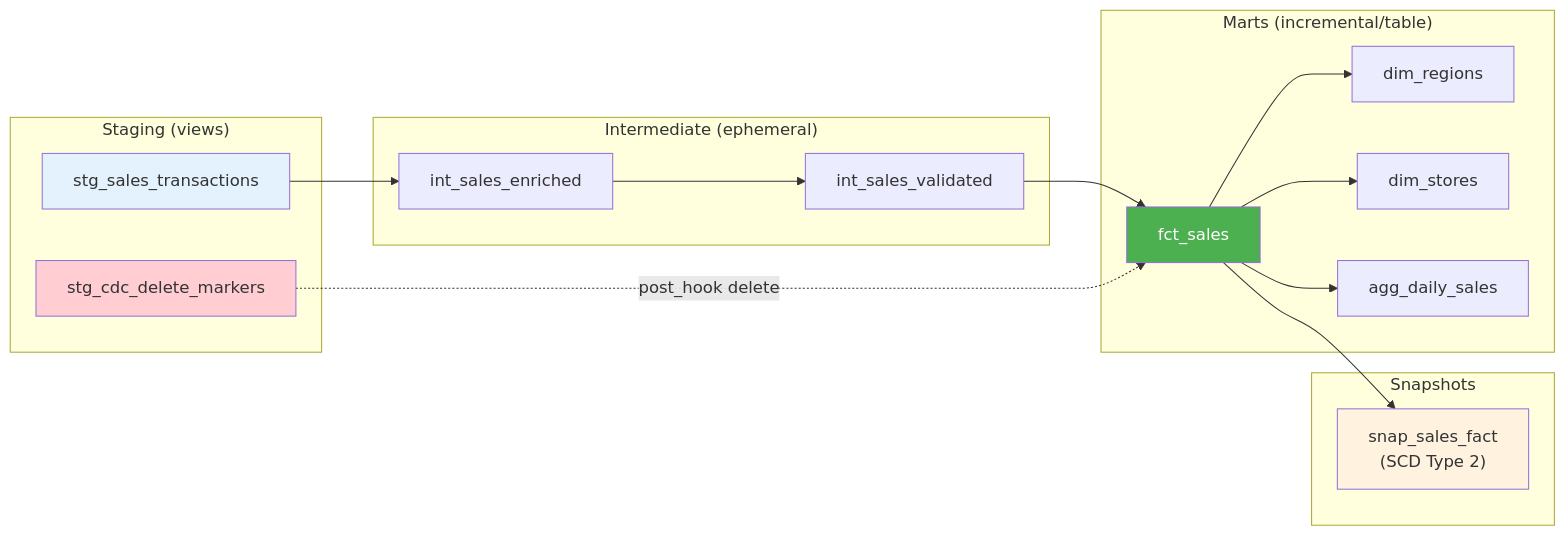
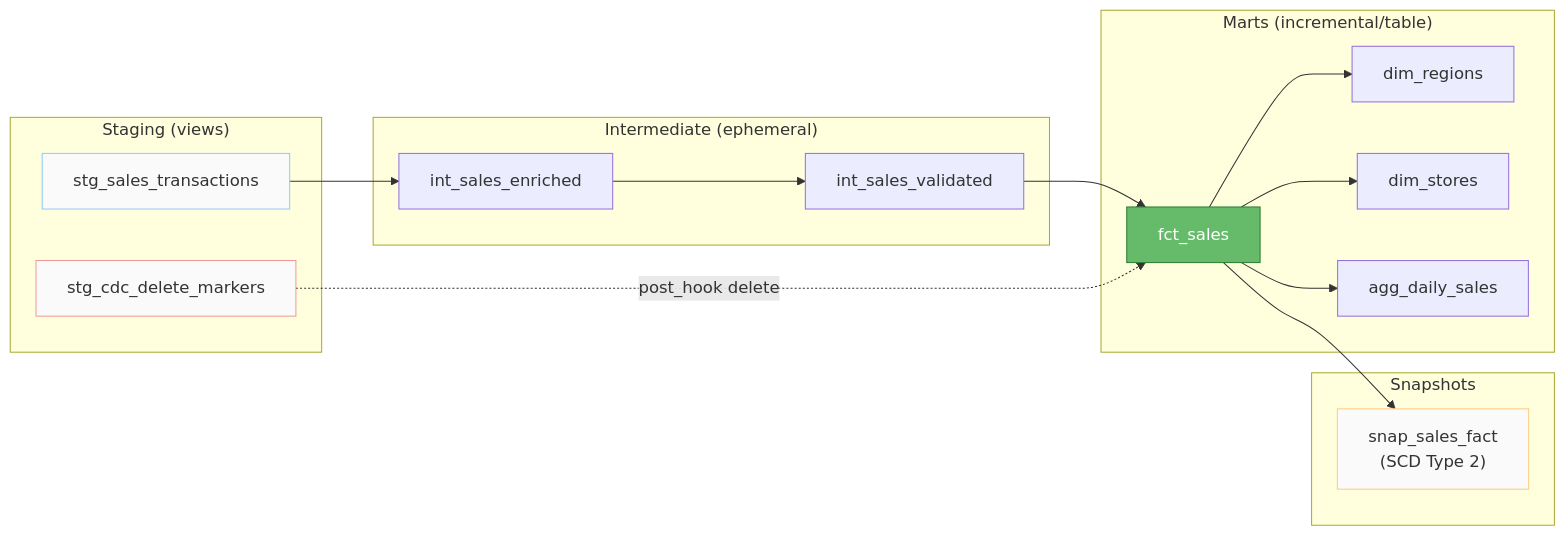
The fourth of 7 diagrams in README.md (greenwichg/airflow_etl_pipeline), drawn with Mermaid before and after one commit. The commit also changed other lines of this file, not shown here.

First line of the commit message:
fix: tone down Mermaid diagram background colors for readability

````diff
--- a/README.md
+++ b/README.md
@@ -200,33 +200,33 @@
 ```mermaid
 graph LR
     subgraph Staging["Staging (views)"]
         S1["stg_sales_transactions"]
         S2["stg_cdc_delete_markers"]
     end
 
     subgraph Intermediate["Intermediate (ephemeral)"]
         I1["int_sales_enriched"]
         I2["int_sales_validated"]
     end
 
     subgraph Marts["Marts (incremental/table)"]
         F["fct_sales"]
         D1["dim_regions"]
         D2["dim_stores"]
         A["agg_daily_sales"]
     end
 
     subgraph Snapshots
         SN["snap_sales_fact<br/>(SCD Type 2)"]
     end
 
     S1 --> I1 --> I2 --> F
     S2 -.->|post_hook delete| F
     F --> D1 & D2 & A
     F --> SN
 
-    style S1 fill:#e3f2fd
-    style S2 fill:#ffcdd2
-    style F fill:#4caf50,color:#fff
-    style SN fill:#fff3e0
+    style S1 fill:#fafafa,stroke:#90caf9
+    style S2 fill:#fafafa,stroke:#ef9a9a
+    style F fill:#66bb6a,color:#fff,stroke:#2e7d32
+    style SN fill:#fafafa,stroke:#ffcc80
 ```
````
